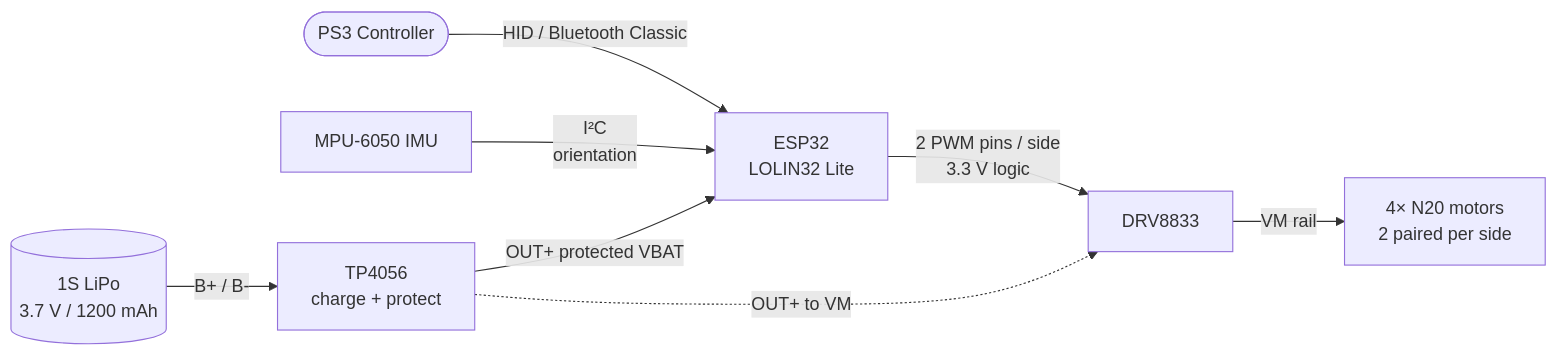
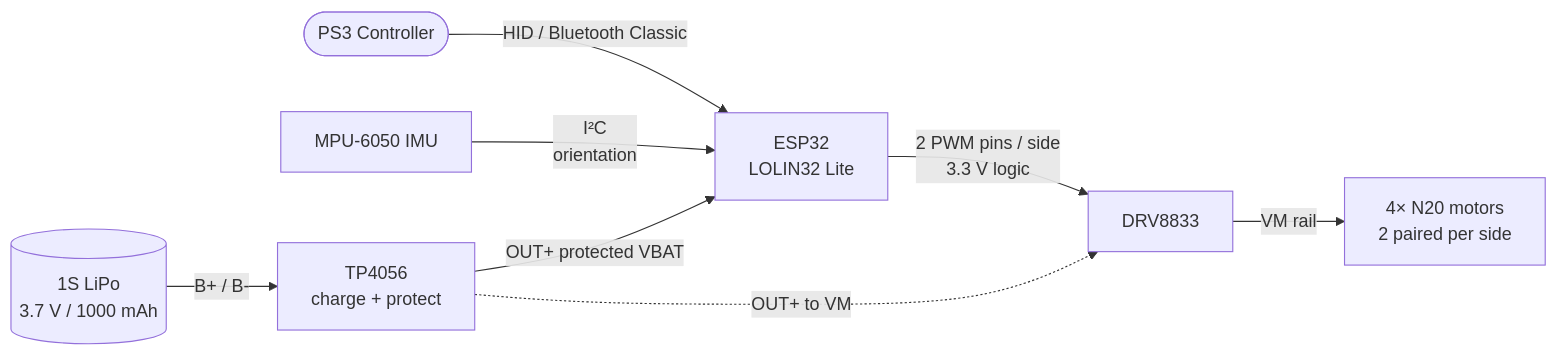
The first of 2 diagrams in README.md (wouterds/minibot), drawn with Mermaid before and after one commit. The commit also changed other lines of this file and 5 other files, not shown here.

````diff
--- a/README.md
+++ b/README.md
@@ -20,10 +20,10 @@
 ```mermaid
 flowchart LR
     PS3([PS3 Controller]) -->|HID / Bluetooth Classic| ESP[ESP32<br/>LOLIN32 Lite]
     IMU[MPU-6050 IMU] -->|I²C<br/>orientation| ESP
     ESP -->|2 PWM pins / side<br/>3.3 V logic| DRV[DRV8833]
     DRV -->|VM rail| MOT[4× N20 motors<br/>2 paired per side]
-    BAT[(1S LiPo<br/>3.7 V / 1200 mAh)] -->|B+ / B-| TP[TP4056<br/>charge + protect]
+    BAT[(1S LiPo<br/>3.7 V / 1000 mAh)] -->|B+ / B-| TP[TP4056<br/>charge + protect]
     TP -->|OUT+ protected VBAT| ESP
     TP -.->|OUT+ to VM| DRV
 ```
````
